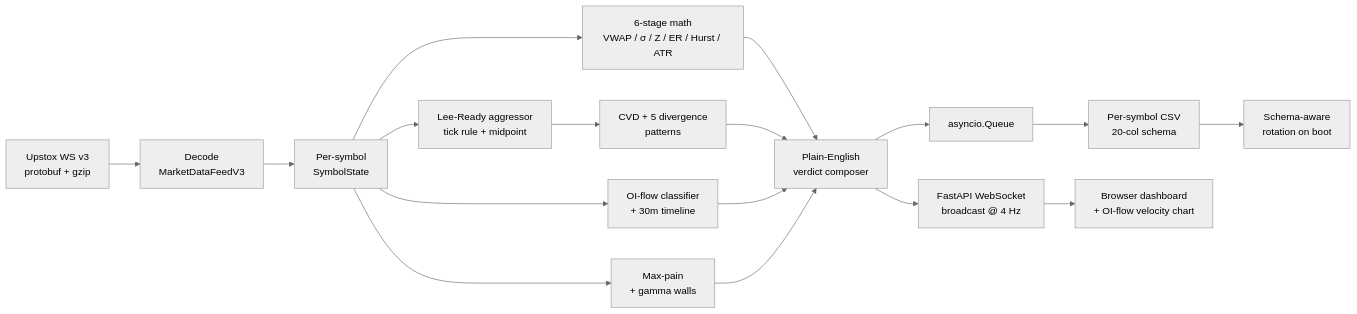
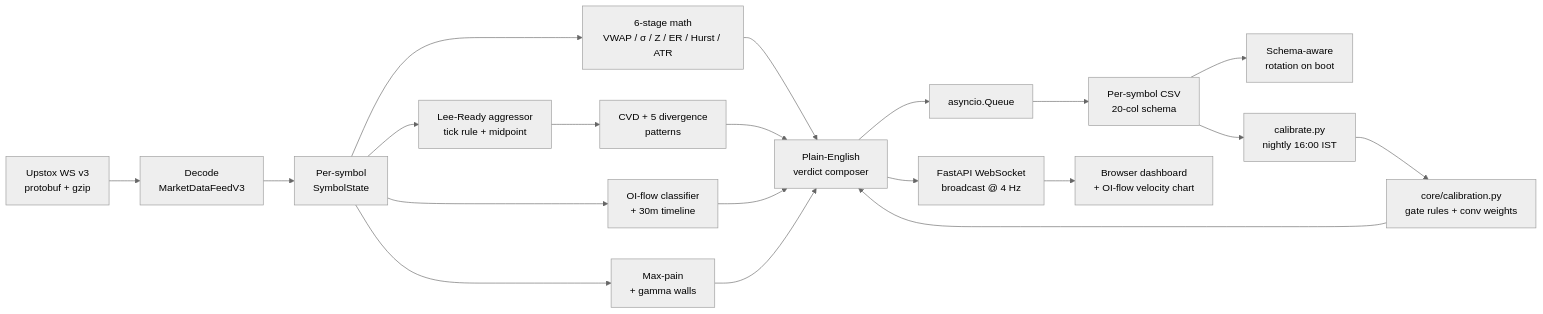
Before and after one commit to Adhi-opp/GammaLeak: the diagram in README.md, drawn with Mermaid (neutral theme). The commit also changed other lines of this file, not shown here.

First line of the commit message:
docs(readme): document Phase 1+2 calibration loop and conviction model

````diff
--- a/README.md
+++ b/README.md
@@ -35,19 +37,22 @@
 ```mermaid
 flowchart LR
     UP[Upstox WS v3<br/>protobuf + gzip] --> DEC[Decode<br/>MarketDataFeedV3]
     DEC --> ST[Per-symbol<br/>SymbolState]
     ST --> MATH[6-stage math<br/>VWAP / σ / Z / ER / Hurst / ATR]
     ST --> AGG[Lee-Ready aggressor<br/>tick rule + midpoint]
     AGG --> CVD[CVD + 5 divergence<br/>patterns]
     ST --> OIF[OI-flow classifier<br/>+ 30m timeline]
     ST --> OIL[Max-pain<br/>+ gamma walls]
     MATH --> VER[Plain-English<br/>verdict composer]
     CVD --> VER
     OIF --> VER
     OIL --> VER
     VER --> Q[asyncio.Queue]
     Q --> DISK[Per-symbol CSV<br/>20-col schema]
     DISK --> ROT[Schema-aware<br/>rotation on boot]
     VER --> WS[FastAPI WebSocket<br/>broadcast @ 4 Hz]
     WS --> UI[Browser dashboard<br/>+ OI-flow velocity chart]
+    DISK --> CAL[calibrate.py<br/>nightly 16:00 IST]
+    CAL --> CALPY[core/calibration.py<br/>gate rules + conv weights]
+    CALPY --> VER
 ```
````
